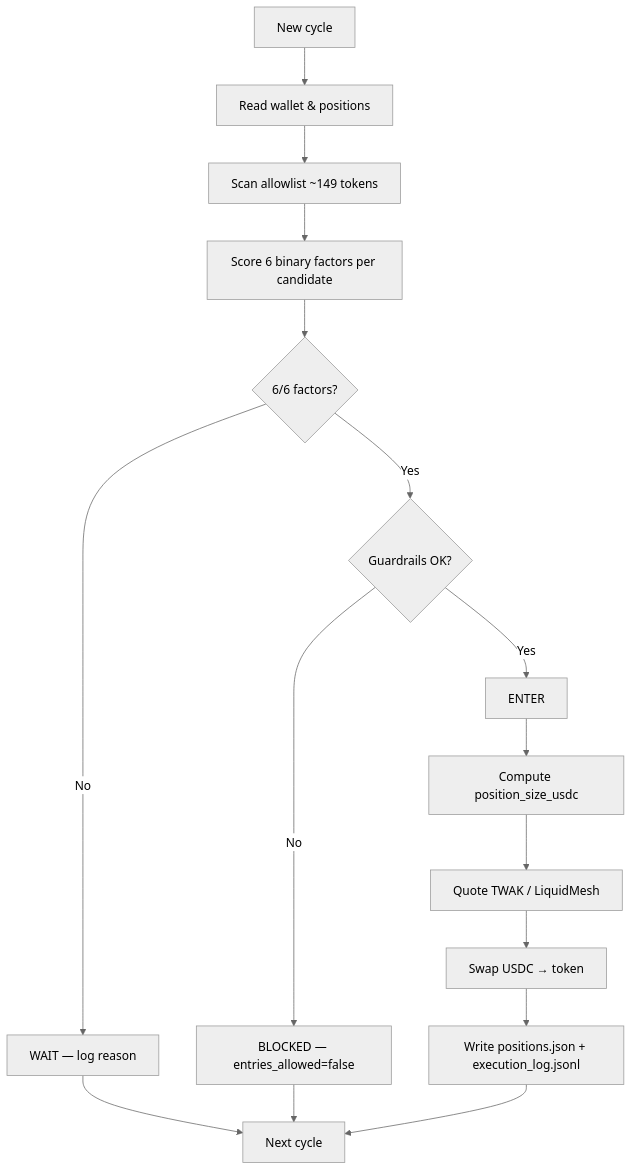
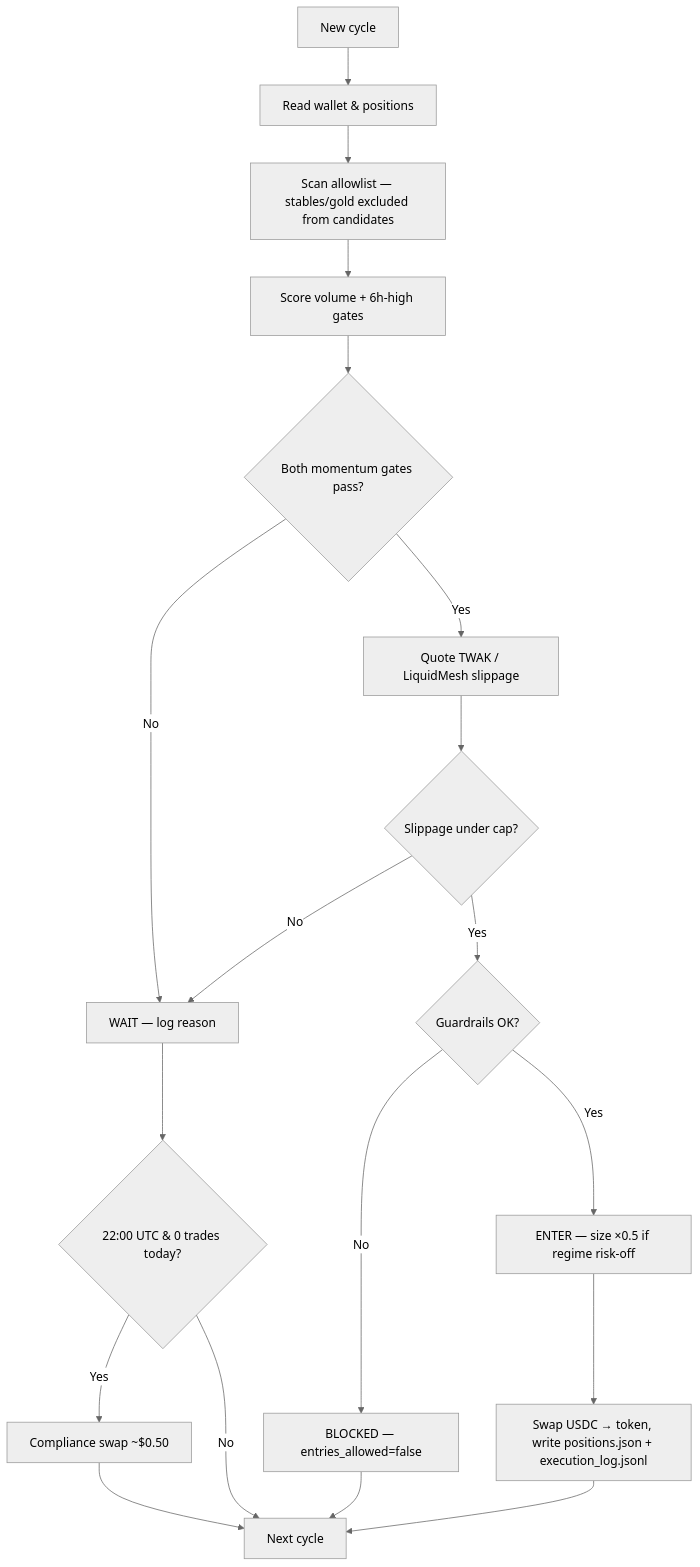
One commit to AlejoReyna/michelobUltraSecretDashboard changed the second of 3 diagrams in docs/TRADING-ALGORITHM.md. Above: the diagram before and after it, drawn with Mermaid (neutral theme). The commit also changed other lines of this file and 11 other files, not shown here.

````diff
--- a/docs/TRADING-ALGORITHM.md
+++ b/docs/TRADING-ALGORITHM.md
@@ -1204,18 +1224,21 @@
 ```mermaid
 flowchart TD
     A[New cycle] --> B[Read wallet & positions]
-    B --> C[Scan allowlist ~149 tokens]
-    C --> D[Score 6 binary factors per candidate]
-    D --> E{6/6 factors?}
+    B --> C[Scan allowlist — stables/gold excluded from candidates]
+    C --> D[Score volume + 6h-high gates]
+    D --> E{Both momentum gates pass?}
     E -->|No| F[WAIT — log reason]
-    E -->|Yes| G{Guardrails OK?}
+    E -->|Yes| K[Quote TWAK / LiquidMesh slippage]
+    K --> L{Slippage under cap?}
+    L -->|No| F
+    L -->|Yes| G{Guardrails OK?}
     G -->|No| H[BLOCKED — entries_allowed=false]
-    G -->|Yes| I[ENTER]
-    I --> J[Compute position_size_usdc]
-    J --> K[Quote TWAK / LiquidMesh]
-    K --> L[Swap USDC → token]
-    L --> M[Write positions.json + execution_log.jsonl]
-    F --> N[Next cycle]
+    G -->|Yes| I[ENTER — size ×0.5 if regime risk-off]
+    I --> M[Swap USDC → token, write positions.json + execution_log.jsonl]
+    F --> P{22:00 UTC & 0 trades today?}
+    P -->|Yes| Q[Compliance swap ~$0.50]
+    P -->|No| N[Next cycle]
     H --> N
     M --> N
+    Q --> N
 ```
````
